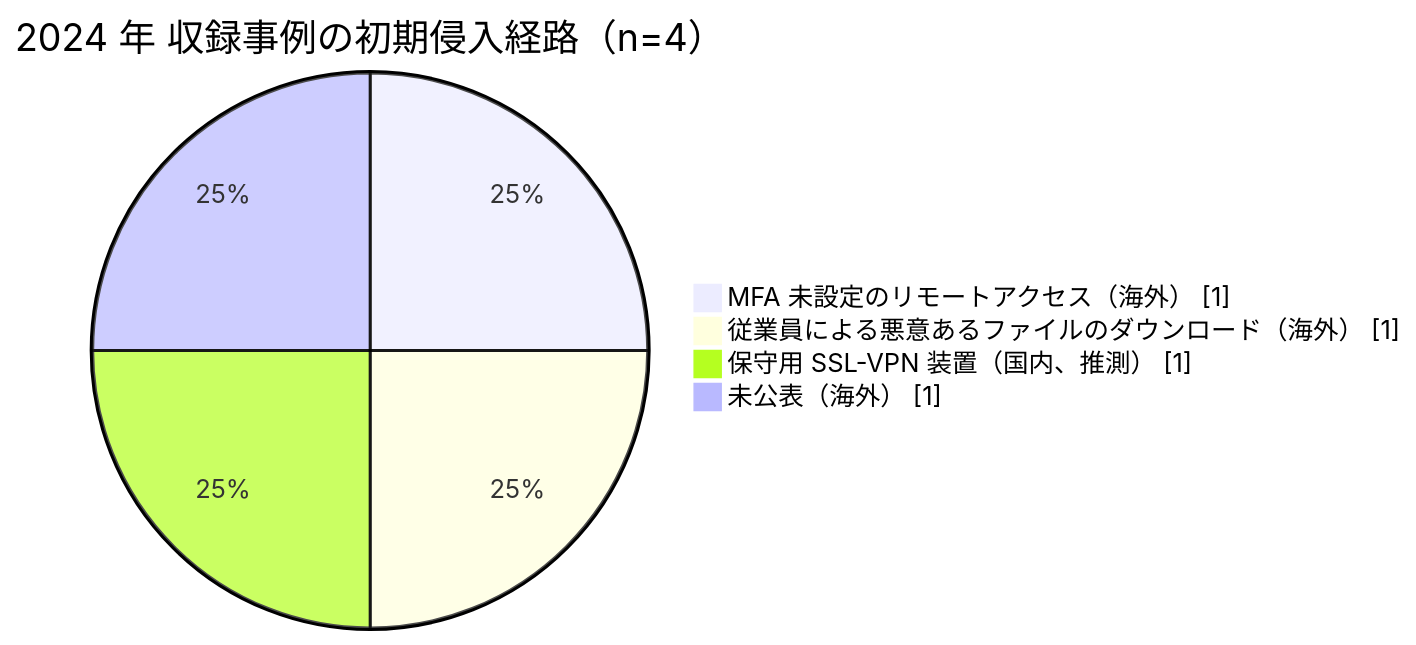
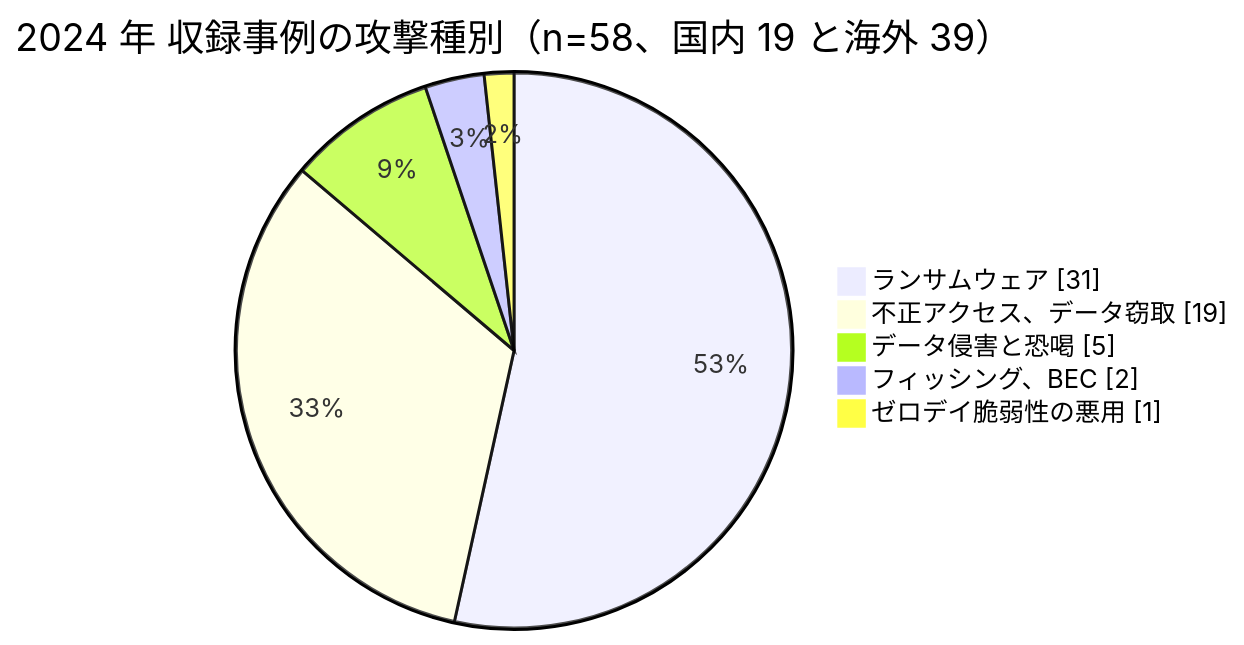
The first of 2 diagrams in docs/threats/incidents/years/2024-summary.md (scgajge12/awesome-healthcare-security), drawn with Mermaid before and after one commit. The commit also changed other lines of this file and 6 other files, not shown here.

````diff
--- a/docs/threats/incidents/years/2024-summary.md
+++ b/docs/threats/incidents/years/2024-summary.md
@@ -33,8 +49,9 @@
 ```mermaid
 pie showData
-    title 2024 年 収録事例の初期侵入経路（n=4）
-    "MFA 未設定のリモートアクセス（海外）" : 1
-    "従業員による悪意あるファイルのダウンロード（海外）" : 1
-    "保守用 SSL-VPN 装置（国内、推測）" : 1
-    "未公表（海外）" : 1
+    title 2024 年 収録事例の攻撃種別（n=58、国内 19 と海外 39）
+    "ランサムウェア" : 31
+    "不正アクセス、データ窃取" : 19
+    "データ侵害と恐喝" : 5
+    "フィッシング、BEC" : 2
+    "ゼロデイ脆弱性の悪用" : 1
 ```
````
